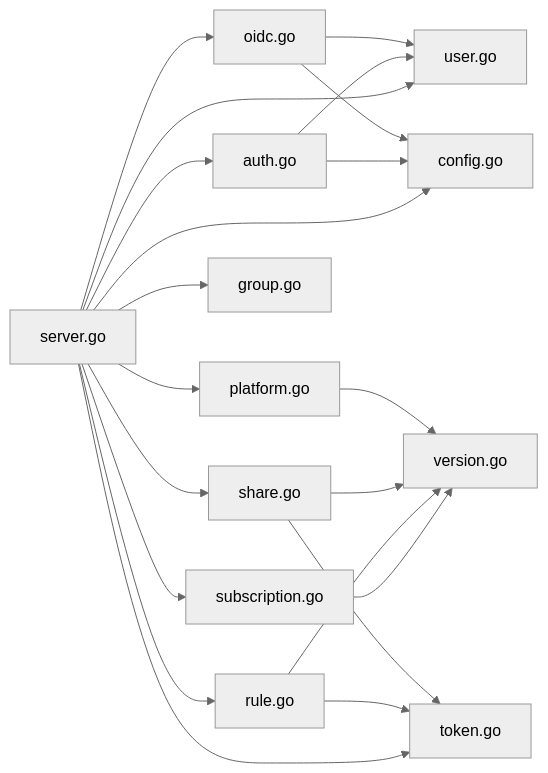
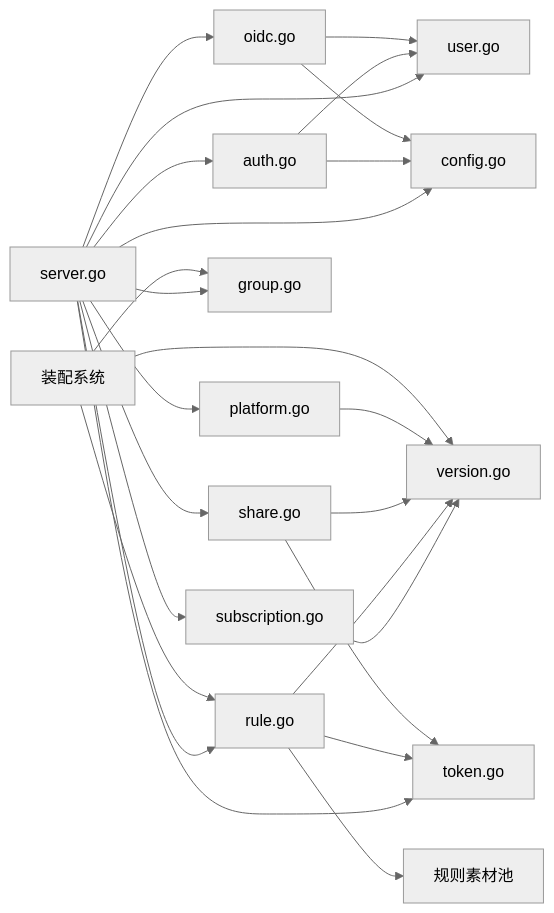
Before and after one commit to AlcaProphet/VPN-Subscription-Management: diagram 12 of 12 in .qoder/repowiki/zh/content/核心功能模块/核心功能模块.md, drawn with Mermaid (neutral theme). The commit also changed other lines of this file and 109 other files, not shown here.

````diff
--- a/.qoder/repowiki/zh/content/核心功能模块/核心功能模块.md
+++ b/.qoder/repowiki/zh/content/核心功能模块/核心功能模块.md
@@ -459,23 +527,27 @@
 ```mermaid
 graph LR
 Server["server.go"] --> Auth["auth.go"]
 Server --> User["user.go"]
 Server --> Oidc["oidc.go"]
 Server --> Platform["platform.go"]
 Server --> Subscription["subscription.go"]
 Server --> Group["group.go"]
 Server --> Rule["rule.go"]
 Server --> Share["share.go"]
 Server --> Token["token.go"]
 Server --> Config["config.go"]
 Subscription --> Version["version.go"]
 Rule --> Version
 Share --> Version
 Platform --> Version
 Rule --> Token
 Share --> Token
 Auth --> User
 Auth --> Config
 Oidc --> Config
 Oidc --> User
+Rule --> Pool["规则素材池"]
+Assembly["装配系统"] --> Rule
+Assembly --> Group
+Assembly --> Version
 ```
````
